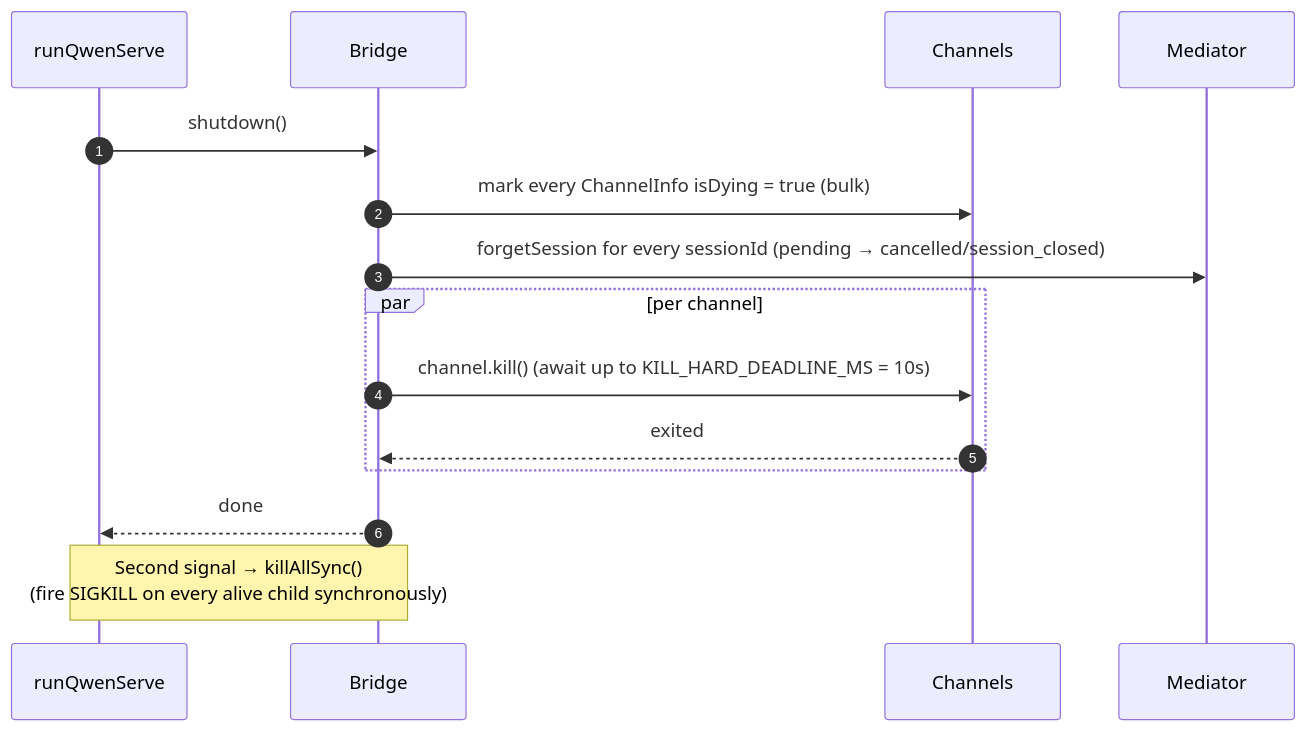
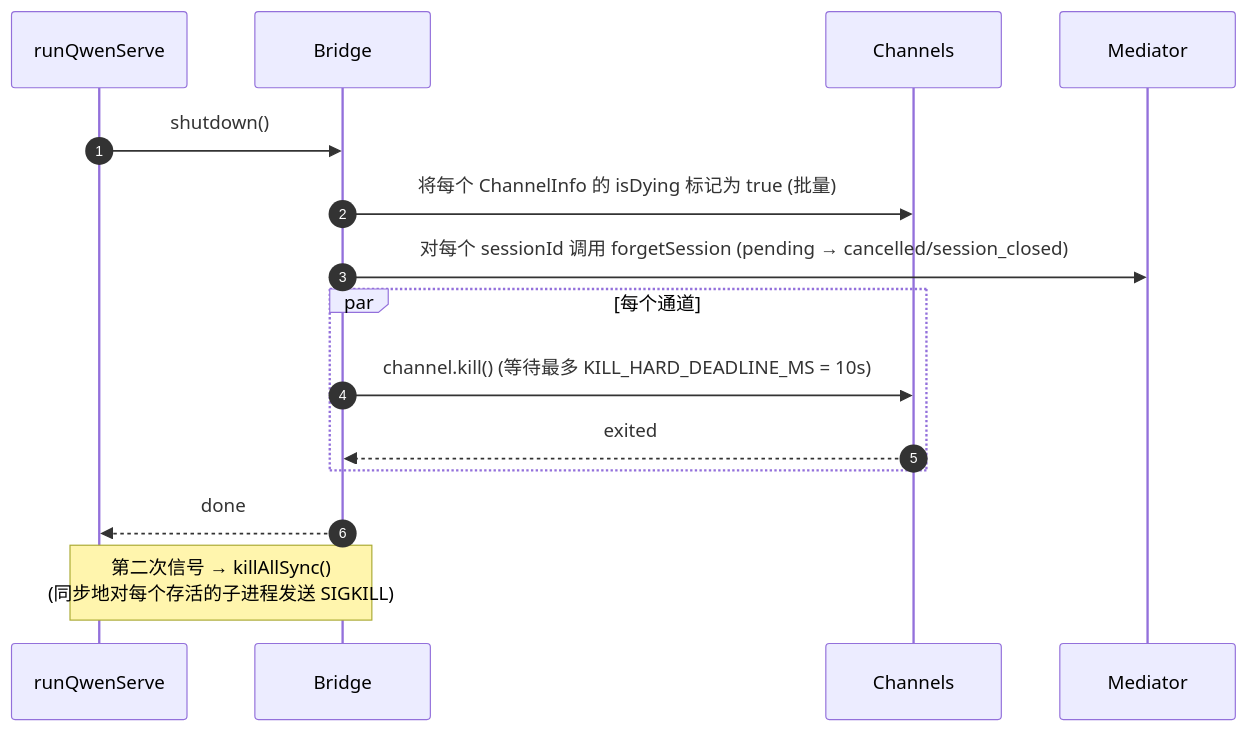
Before and after one commit to QwenLM/qwen-code-docs: the fourth of 4 diagrams in website/content/zh/developers/daemon/03-acp-bridge.md, drawn with Mermaid. The commit also changed other lines of this file and 1077 other files, not shown here.

First line of the commit message:
docs(i18n): full re-sync and translate all docs to 6 languages

````diff
--- a/website/content/zh/developers/daemon/03-acp-bridge.md
+++ b/website/content/zh/developers/daemon/03-acp-bridge.md
@@ -145,18 +145,18 @@
 ```mermaid
 sequenceDiagram
     autonumber
     participant Op as runQwenServe
     participant B as Bridge
     participant CHs as Channels
     participant M as Mediator
 
     Op->>B: shutdown()
-    B->>CHs: mark every ChannelInfo isDying = true (bulk)
-    B->>M: forgetSession for every sessionId (pending → cancelled/session_closed)
-    par per channel
-        B->>CHs: channel.kill() (await up to KILL_HARD_DEADLINE_MS = 10s)
+    B->>CHs: 将每个 ChannelInfo 的 isDying 标记为 true (批量)
+    B->>M: 对每个 sessionId 调用 forgetSession (pending → cancelled/session_closed)
+    par 每个通道
+        B->>CHs: channel.kill() (等待最多 KILL_HARD_DEADLINE_MS = 10s)
         CHs-->>B: exited
     end
     B-->>Op: done
-    Note over Op,B: Second signal → killAllSync()<br/>(fire SIGKILL on every alive child synchronously)
+    Note over Op,B: 第二次信号 → killAllSync()<br/>(同步地对每个存活的子进程发送 SIGKILL)
 ```
````
